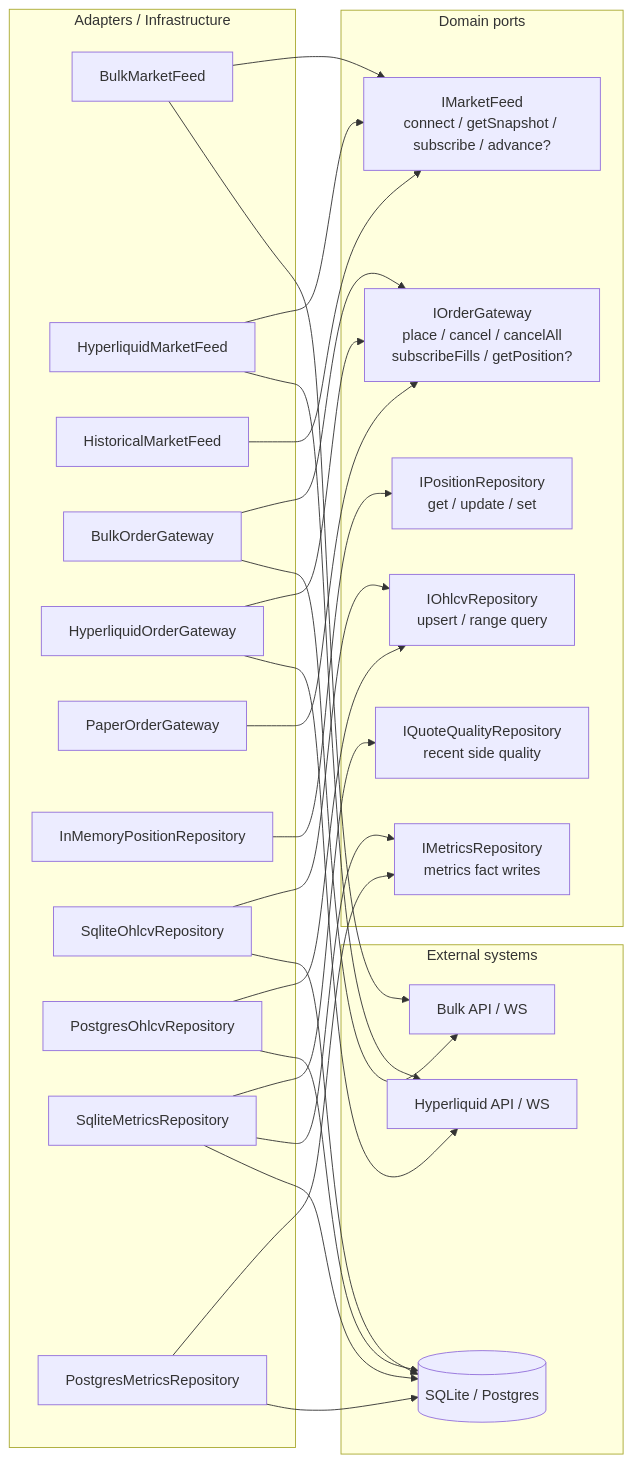
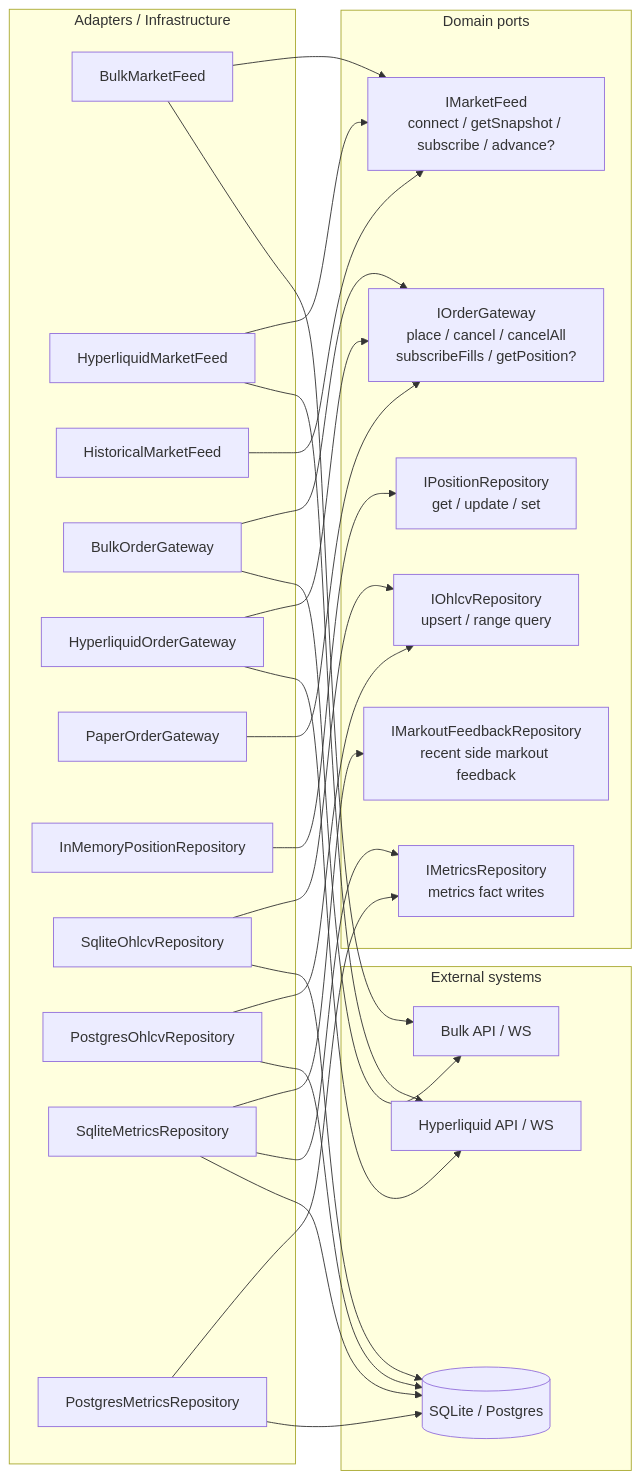
One commit to posaune0423/simple-mm-bot changed the sixth of 9 diagrams in docs/ARCHITECTURE.md. Above: the diagram before and after it, drawn with Mermaid. The commit also changed other lines of this file and 89 other files, not shown here.

````diff
--- a/docs/ARCHITECTURE.md
+++ b/docs/ARCHITECTURE.md
@@ -387,41 +403,41 @@
 ```mermaid
 flowchart LR
     subgraph DomainPorts["Domain ports"]
         IMF["IMarketFeed\nconnect / getSnapshot / subscribe / advance?"]
         IOG["IOrderGateway\nplace / cancel / cancelAll\nsubscribeFills / getPosition?"]
         IPOS["IPositionRepository\nget / update / set"]
         IOHLCV["IOhlcvRepository\nupsert / range query"]
-        IQUAL["IQuoteQualityRepository\nrecent side quality"]
+        IQUAL["IMarkoutFeedbackRepository\nrecent side markout feedback"]
         IMETRICS["IMetricsRepository\nmetrics fact writes"]
     end
 
     subgraph AdapterInfra["Adapters / Infrastructure"]
         BMF["BulkMarketFeed"] --> IMF
         HLMF["HyperliquidMarketFeed"] --> IMF
         HIST["HistoricalMarketFeed"] --> IMF
         BOG["BulkOrderGateway"] --> IOG
         HLOG["HyperliquidOrderGateway"] --> IOG
         POG["PaperOrderGateway"] --> IOG
         MEM["InMemoryPositionRepository"] --> IPOS
         SOH["SqliteOhlcvRepository"] --> IOHLCV
         POH["PostgresOhlcvRepository"] --> IOHLCV
         SM["SqliteMetricsRepository"] --> IQUAL
         SM --> IMETRICS
         PM["PostgresMetricsRepository"] --> IMETRICS
     end
 
     subgraph ExternalSystems["External systems"]
         BulkExt["Bulk API / WS"]
         HLExt["Hyperliquid API / WS"]
         Storage[("SQLite / Postgres")]
     end
 
     BMF --> BulkExt
     BOG --> BulkExt
     HLMF --> HLExt
     HLOG --> HLExt
     SOH --> Storage
     POH --> Storage
     SM --> Storage
     PM --> Storage
 ```
````
